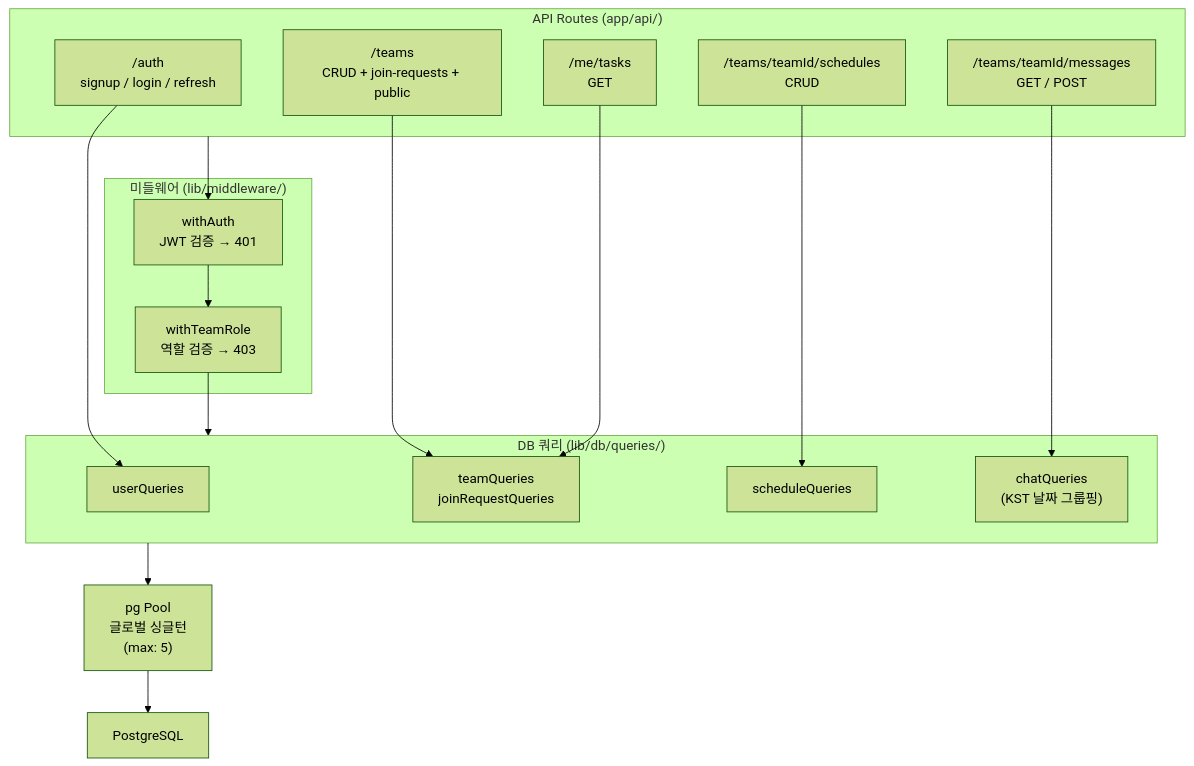
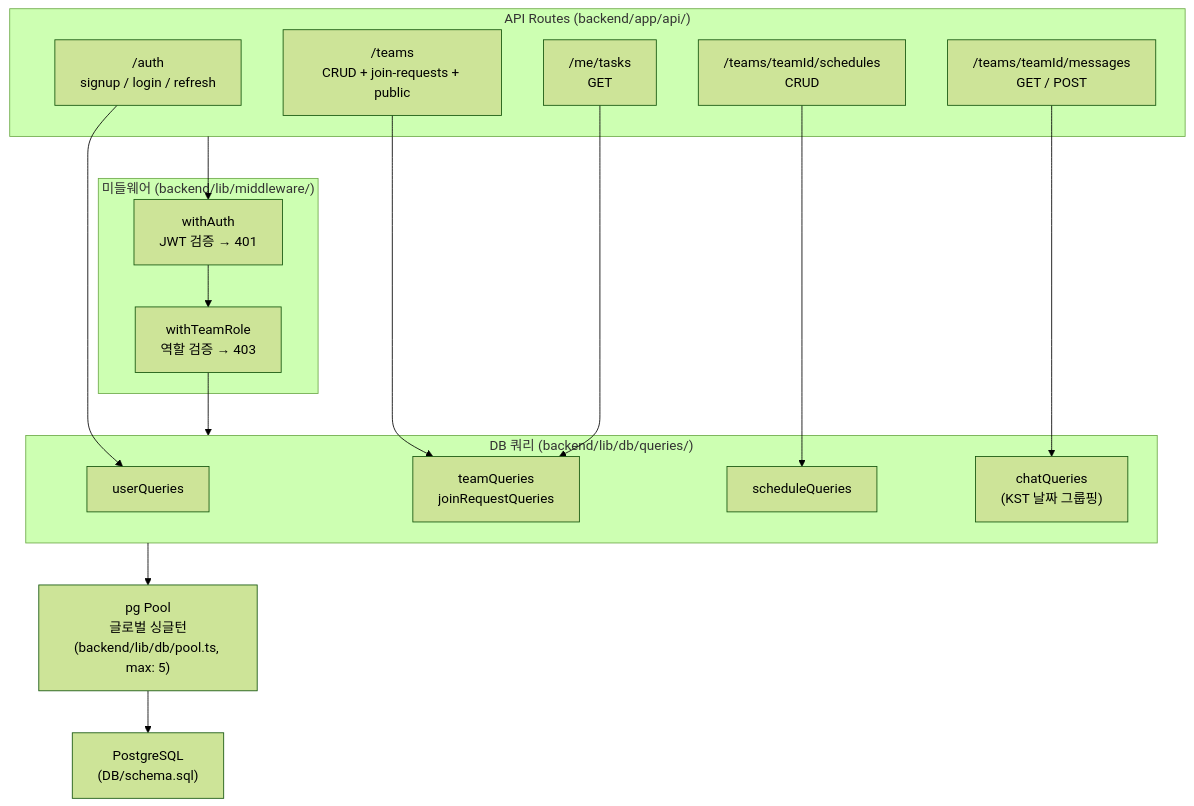
The fifth of 5 diagrams in docs/5-tech-arch-diagram.md (kreon720-ctrl/team-works), drawn with Mermaid (forest theme) before and after one commit. The commit also changed other lines of this file and 5 other files, not shown here.

````diff
--- a/docs/5-tech-arch-diagram.md
+++ b/docs/5-tech-arch-diagram.md
@@ -107,34 +108,34 @@
 ```mermaid
 graph TB
-    subgraph Routes["API Routes (app/api/)"]
+    subgraph Routes["API Routes (backend/app/api/)"]
         AuthR["/auth\nsignup / login / refresh"]
         TeamR["/teams\nCRUD + join-requests + public"]
         SchedR["/teams/teamId/schedules\nCRUD"]
         ChatR["/teams/teamId/messages\nGET / POST"]
         TasksR["/me/tasks\nGET"]
     end
 
-    subgraph Middleware["미들웨어 (lib/middleware/)"]
+    subgraph Middleware["미들웨어 (backend/lib/middleware/)"]
         WithAuth["withAuth\nJWT 검증 → 401"]
         WithRole["withTeamRole\n역할 검증 → 403"]
     end
 
-    subgraph Queries["DB 쿼리 (lib/db/queries/)"]
+    subgraph Queries["DB 쿼리 (backend/lib/db/queries/)"]
         UQ["userQueries"]
         TMQ["teamQueries\njoinRequestQueries"]
         SQ["scheduleQueries"]
         CQ["chatQueries\n(KST 날짜 그룹핑)"]
     end
 
-    Pool["pg Pool\n글로벌 싱글턴\n(max: 5)"]
-    DB["PostgreSQL"]
+    Pool["pg Pool\n글로벌 싱글턴\n(backend/lib/db/pool.ts, max: 5)"]
+    DB["PostgreSQL\n(DB/schema.sql)"]
 
     Routes --> WithAuth --> WithRole
     WithRole --> Queries
     AuthR --> UQ
     TeamR --> TMQ
     SchedR --> SQ
     ChatR --> CQ
     TasksR --> TMQ
     Queries --> Pool --> DB
 ```
````
